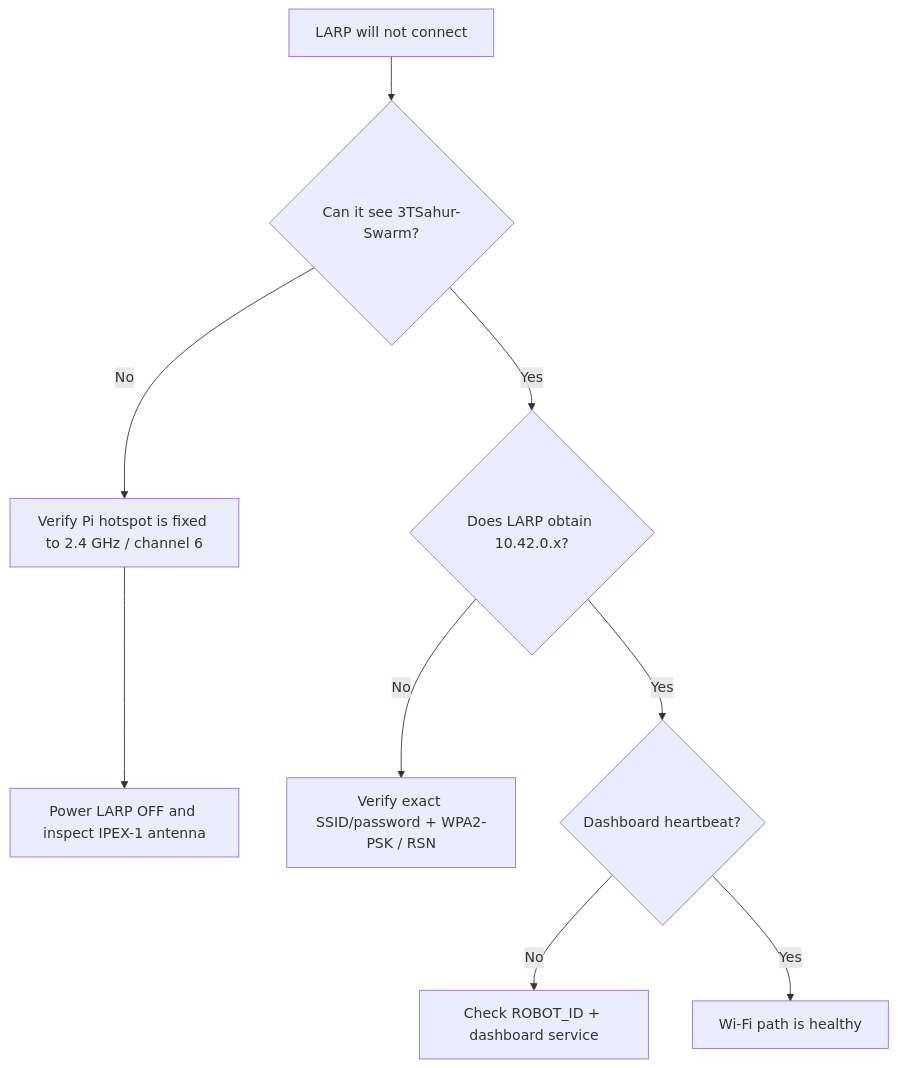
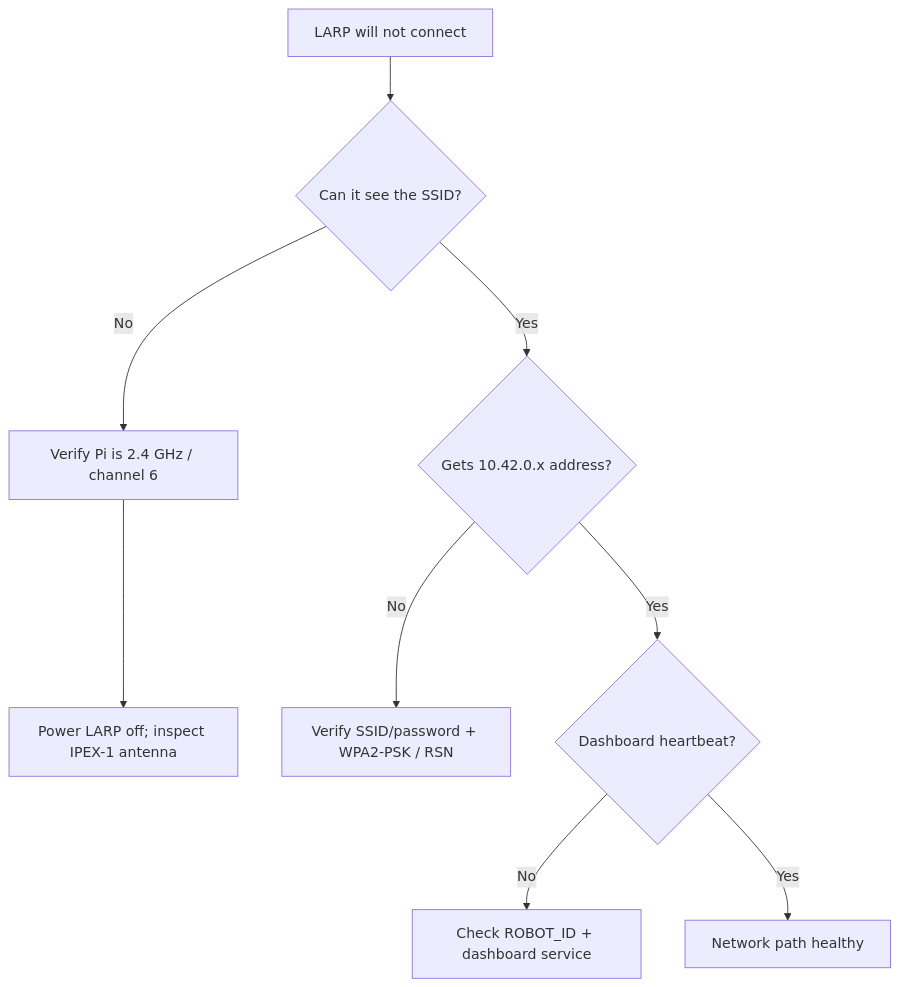
One commit to william-thompsonthe1st/STEM-Research-Academy changed the sixth of 7 diagrams in README.md. Above: the diagram before and after it, drawn with Mermaid. The commit also changed other lines of this file, not shown here.

Commit message:
docs: add future research roadmap

````diff
--- a/README.md
+++ b/README.md
@@ -283,11 +142,11 @@
 ```mermaid
 flowchart TD
-    A["LARP will not connect"] --> B{"Can it see 3TSahur-Swarm?"}
-    B -- No --> C["Verify Pi hotspot is fixed to 2.4 GHz / channel 6"]
-    C --> D["Power LARP OFF and inspect IPEX-1 antenna"]
-    B -- Yes --> E{"Does LARP obtain 10.42.0.x?"}
-    E -- No --> F["Verify exact SSID/password + WPA2-PSK / RSN"]
+    A["LARP will not connect"] --> B{"Can it see the SSID?"}
+    B -- No --> C["Verify Pi is 2.4 GHz / channel 6"]
+    C --> D["Power LARP off; inspect IPEX-1 antenna"]
+    B -- Yes --> E{"Gets 10.42.0.x address?"}
+    E -- No --> F["Verify SSID/password + WPA2-PSK / RSN"]
     E -- Yes --> G{"Dashboard heartbeat?"}
     G -- No --> H["Check ROBOT_ID + dashboard service"]
-    G -- Yes --> I["Wi-Fi path is healthy"]
+    G -- Yes --> I["Network path healthy"]
 ```
````
